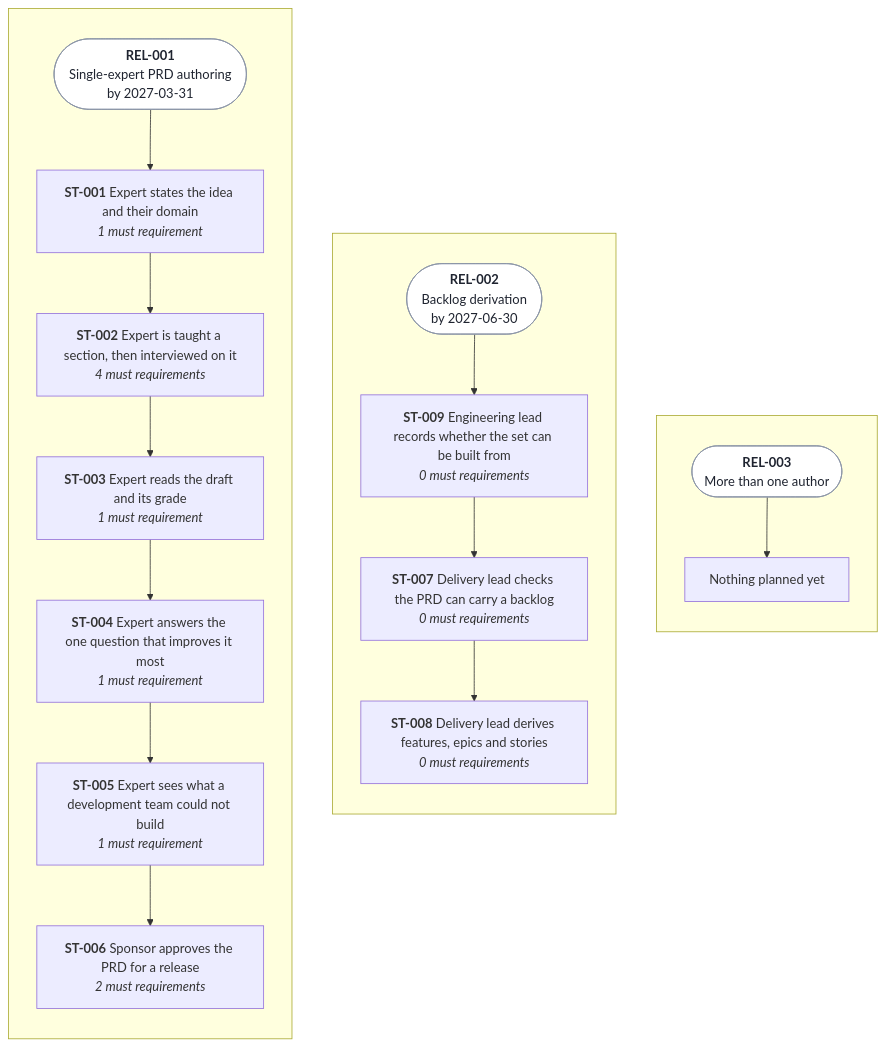
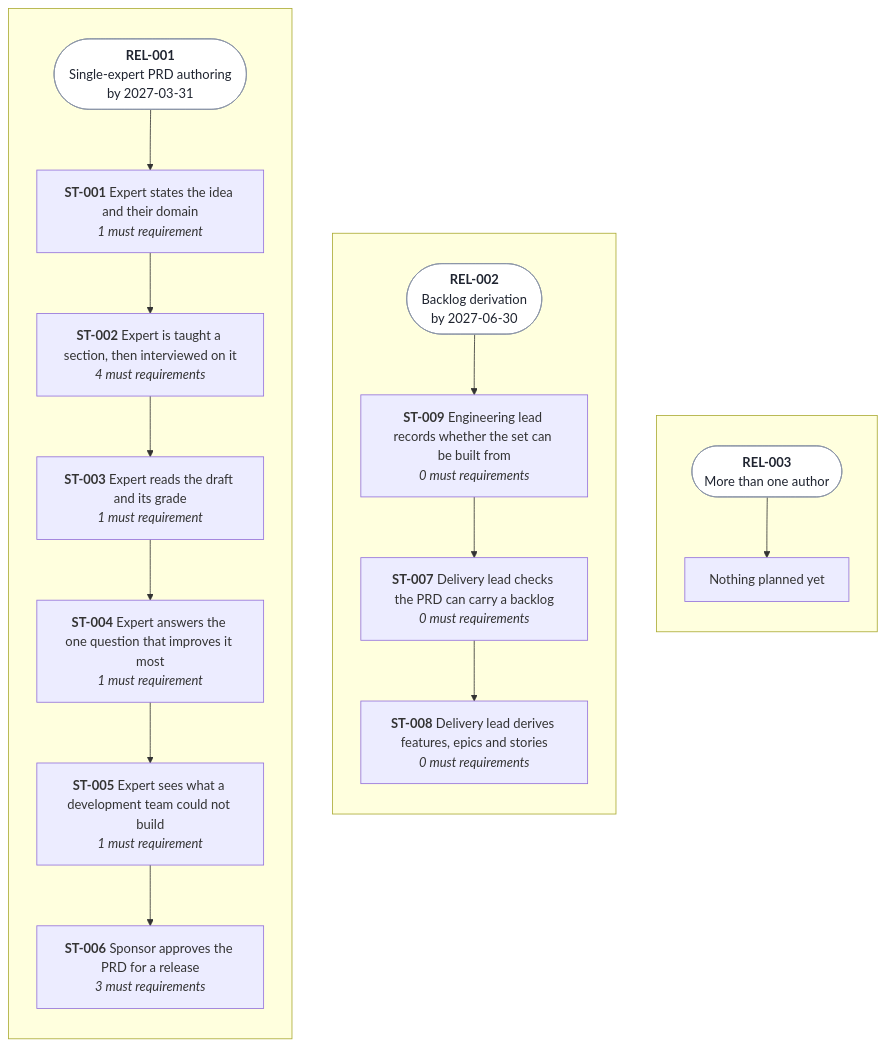
One commit to SpillwaveSolutions/prd-forge changed the diagram in docs/prd/prd-forge/diagrams/release-line.mmd. Above: the diagram before and after it, drawn with Mermaid. The commit also changed 17 other files, not shown here.

```diff
--- a/docs/prd/prd-forge/diagrams/release-line.mmd
+++ b/docs/prd/prd-forge/diagrams/release-line.mmd
@@ -1,38 +1,38 @@
 %% Generated by prd-diagrams.mjs from the release plan front matter. Do not edit.
 %%{init: {"flowchart": {"wrappingWidth": 220}}}%%
 flowchart LR
   subgraph REL001[" "]
     direction TB
     REL001head(["<b>REL-001</b><br/>Single-expert PRD authoring<br/>by 2027-03-31"])
     REL001head --> ST001
     ST001["<b>ST-001</b> Expert states the idea and their domain<br/><i>1 must requirement</i>"]
     ST002["<b>ST-002</b> Expert is taught a section, then interviewed on it<br/><i>4 must requirements</i>"]
     ST003["<b>ST-003</b> Expert reads the draft and its grade<br/><i>1 must requirement</i>"]
     ST004["<b>ST-004</b> Expert answers the one question that improves it most<br/><i>1 must requirement</i>"]
     ST005["<b>ST-005</b> Expert sees what a development team could not build<br/><i>1 must requirement</i>"]
-    ST006["<b>ST-006</b> Sponsor approves the PRD for a release<br/><i>2 must requirements</i>"]
+    ST006["<b>ST-006</b> Sponsor approves the PRD for a release<br/><i>3 must requirements</i>"]
     ST001 --> ST002
     ST002 --> ST003
     ST003 --> ST004
     ST004 --> ST005
     ST005 --> ST006
   end
   subgraph REL002[" "]
     direction TB
     REL002head(["<b>REL-002</b><br/>Backlog derivation<br/>by 2027-06-30"])
     REL002head --> ST009
     ST009["<b>ST-009</b> Engineering lead records whether the set can be built from<br/><i>0 must requirements</i>"]
     ST007["<b>ST-007</b> Delivery lead checks the PRD can carry a backlog<br/><i>0 must requirements</i>"]
     ST008["<b>ST-008</b> Delivery lead derives features, epics and stories<br/><i>0 must requirements</i>"]
     ST009 --> ST007
     ST007 --> ST008
   end
   subgraph REL003[" "]
     direction TB
     REL003head(["<b>REL-003</b><br/>More than one author"])
     REL003head --> REL003none["Nothing planned yet"]
   end
   REL001 ~~~ REL002
   REL002 ~~~ REL003
   classDef head fill:#FFFFFF,stroke:#8A94A6,color:#1F2430
   class REL001head,REL002head,REL003head head
```
